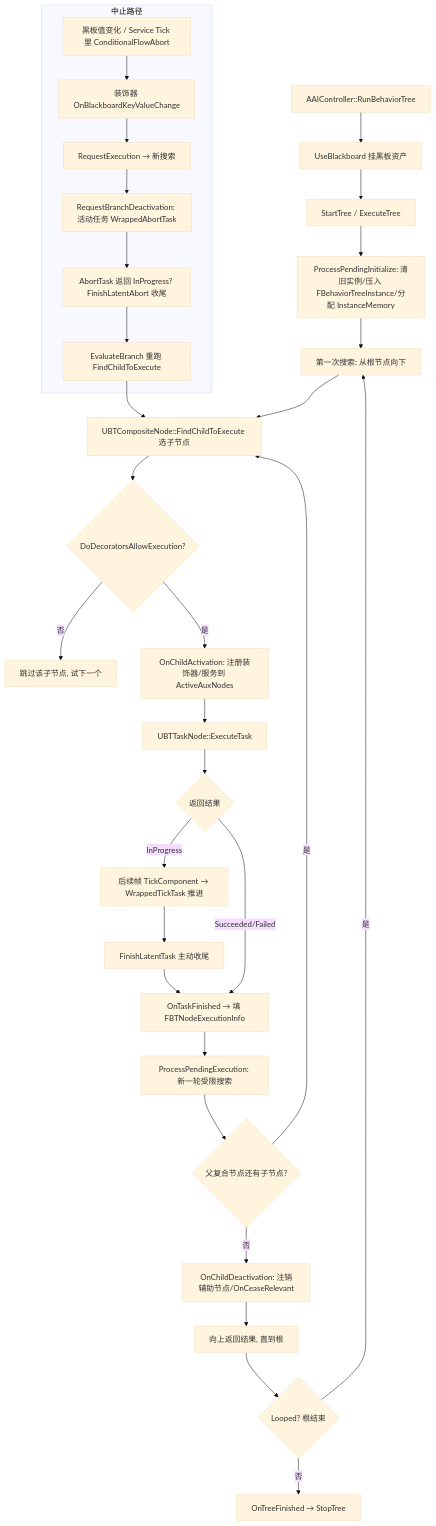
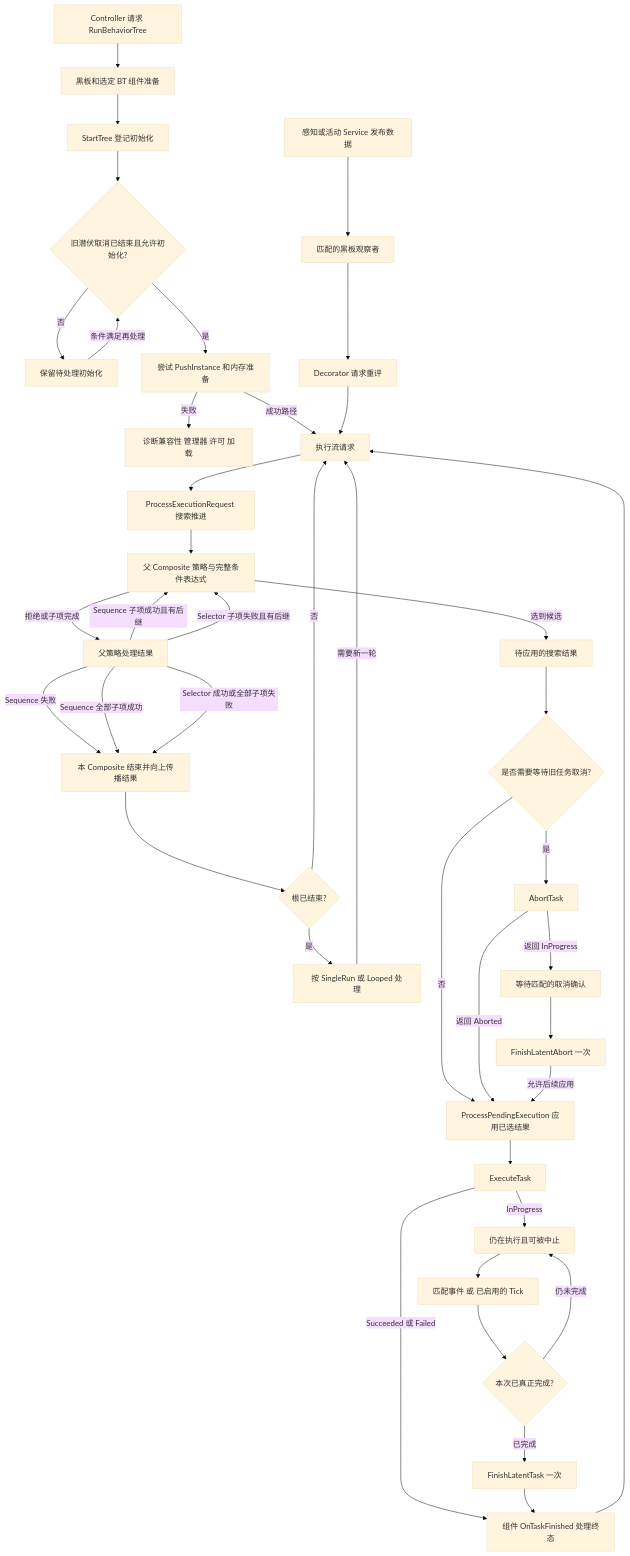
Before and after one commit to fantuan812/learning: the diagram in 知识/06-游戏AI/感知决策与行为规划/12-行为树与AI源码.md, drawn with Mermaid (base theme). The commit also changed other lines of this file and 8 other files, not shown here.

````diff
--- a/知识/06-游戏AI/感知决策与行为规划/12-行为树与AI源码.md
+++ b/知识/06-游戏AI/感知决策与行为规划/12-行为树与AI源码.md
@@ -1844,34 +1811,43 @@
 ```mermaid
 flowchart TD
-    A[AAIController::RunBehaviorTree] --> B[UseBlackboard 挂黑板资产]
-    B --> C[StartTree / ExecuteTree]
-    C --> D[ProcessPendingInitialize: 清旧实例/压入 FBehaviorTreeInstance/分配 InstanceMemory]
-    D --> E[第一次搜索: 从根节点向下]
-    E --> F[UBTCompositeNode::FindChildToExecute 选子节点]
-    F --> G{DoDecoratorsAllowExecution?}
-    G -->|否| F2[跳过该子节点, 试下一个]
-    G -->|是| H[OnChildActivation: 注册装饰器/服务到 ActiveAuxNodes]
-    H --> I[UBTTaskNode::ExecuteTask]
-    I --> J{返回结果}
-    J -->|InProgress| K[后续帧 TickComponent → WrappedTickTask 推进]
-    K --> L[FinishLatentTask 主动收尾]
-    J -->|Succeeded/Failed| M[OnTaskFinished → 填 FBTNodeExecutionInfo]
-    L --> M
-    M --> N[ProcessPendingExecution: 新一轮受限搜索]
-    N --> O{父复合节点还有子节点?}
-    O -->|是| F
-    O -->|否| P[OnChildDeactivation: 注销辅助节点/OnCeaseRelevant]
-    P --> Q[向上返回结果, 直到根]
-    Q --> R{Looped? 根结束}
-    R -->|是| E
-    R -->|否| S[OnTreeFinished → StopTree]
-
-    subgraph 中止路径
-    T[黑板值变化 / Service Tick 里 ConditionalFlowAbort] --> U[装饰器 OnBlackboardKeyValueChange]
-    U --> V[RequestExecution → 新搜索]
-    V --> W[RequestBranchDeactivation: 活动任务 WrappedAbortTask]
-    W --> X[AbortTask 返回 InProgress? FinishLatentAbort 收尾]
-    X --> Y[EvaluateBranch 重跑 FindChildToExecute]
-    end
-    Y --> F
+    A[Controller 请求 RunBehaviorTree] --> B[黑板和选定 BT 组件准备]
+    B --> C[StartTree 登记初始化]
+    C --> D{旧潜伏取消已结束且允许初始化?}
+    D -->|否| W[保留待处理初始化]
+    W -->|条件满足再处理| D
+    D -->|是| E[尝试 PushInstance 和内存准备]
+    E -->|失败| F[诊断兼容性 管理器 许可 加载]
+    E -->|成功路径| R[执行流请求]
+    R --> S[ProcessExecutionRequest 搜索推进]
+    S --> T[父 Composite 策略与完整条件表达式]
+    T -->|拒绝或子项完成| P[父策略处理结果]
+    P -->|Sequence 失败| U[本 Composite 结束并向上传播结果]
+    P -->|Sequence 子项成功且有后继| T
+    P -->|Sequence 全部子项成功| U
+    P -->|Selector 子项失败且有后继| T
+    P -->|Selector 成功或全部子项失败| U
+    U --> END{根已结束?}
+    END -->|否| R
+    END -->|是| MODE[按 SingleRun 或 Looped 处理]
+    MODE -->|需要新一轮| R
+    T -->|选到候选| N[待应用的搜索结果]
+    N --> X{是否需要等待旧任务取消?}
+    X -->|否| Y[ProcessPendingExecution 应用已选结果]
+    X -->|是| AB[AbortTask]
+    AB -->|返回 Aborted| Y
+    AB -->|返回 InProgress| AC[等待匹配的取消确认]
+    AC --> AD[FinishLatentAbort 一次]
+    AD -->|允许后续应用| Y
+    Y --> EX[ExecuteTask]
+    EX -->|Succeeded 或 Failed| FT[组件 OnTaskFinished 处理终态]
+    EX -->|InProgress| IP[仍在执行且可被中止]
+    IP --> EV[匹配事件 或 已启用的 Tick]
+    EV --> DONE{本次已真正完成?}
+    DONE -->|仍未完成| IP
+    DONE -->|已完成| LF[FinishLatentTask 一次]
+    LF --> FT
+    FT --> R
+    DATA[感知或活动 Service 发布数据] --> BB[匹配的黑板观察者]
+    BB --> OBS[Decorator 请求重评]
+    OBS --> R
 ```
````
